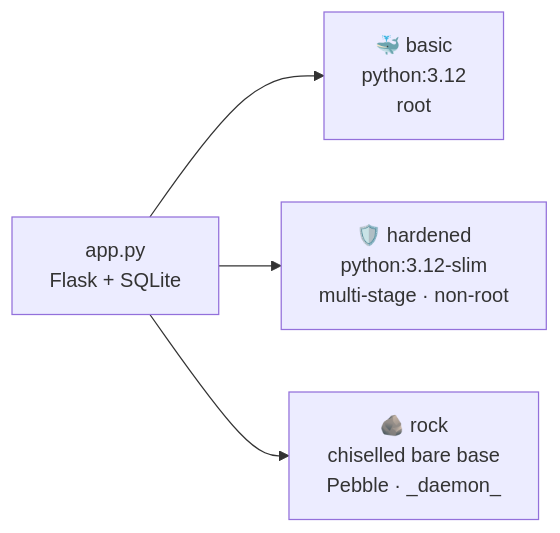
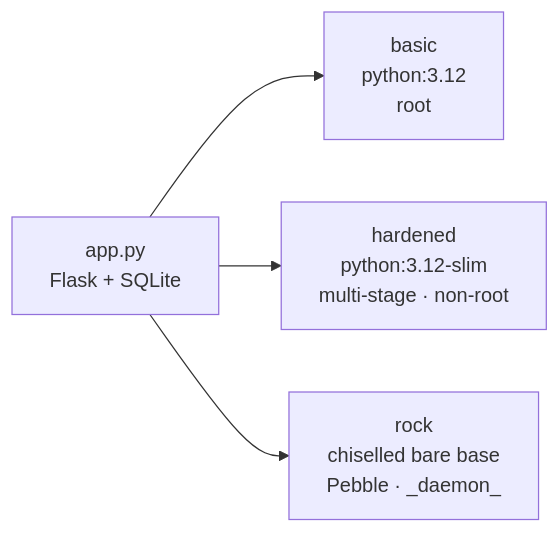
Before and after one commit to fakubwoy/rock-vs-docker: the third of 3 diagrams in README.md, drawn with Mermaid. The commit also changed other lines of this file and 1 other file, not shown here.

````diff
--- a/README.md
+++ b/README.md
@@ -48,6 +48,6 @@
 ```mermaid
 flowchart LR
-    A[app.py<br/>Flask + SQLite] --> B[🐳 basic<br/>python:3.12<br/>root]
-    A --> C[🛡️ hardened<br/>python:3.12-slim<br/>multi-stage · non-root]
-    A --> D[🪨 rock<br/>chiselled bare base<br/>Pebble · _daemon_]
+    A[app.py<br/>Flask + SQLite] --> B[basic<br/>python:3.12<br/>root]
+    A --> C[hardened<br/>python:3.12-slim<br/>multi-stage · non-root]
+    A --> D[rock<br/>chiselled bare base<br/>Pebble · _daemon_]
 ```
````
